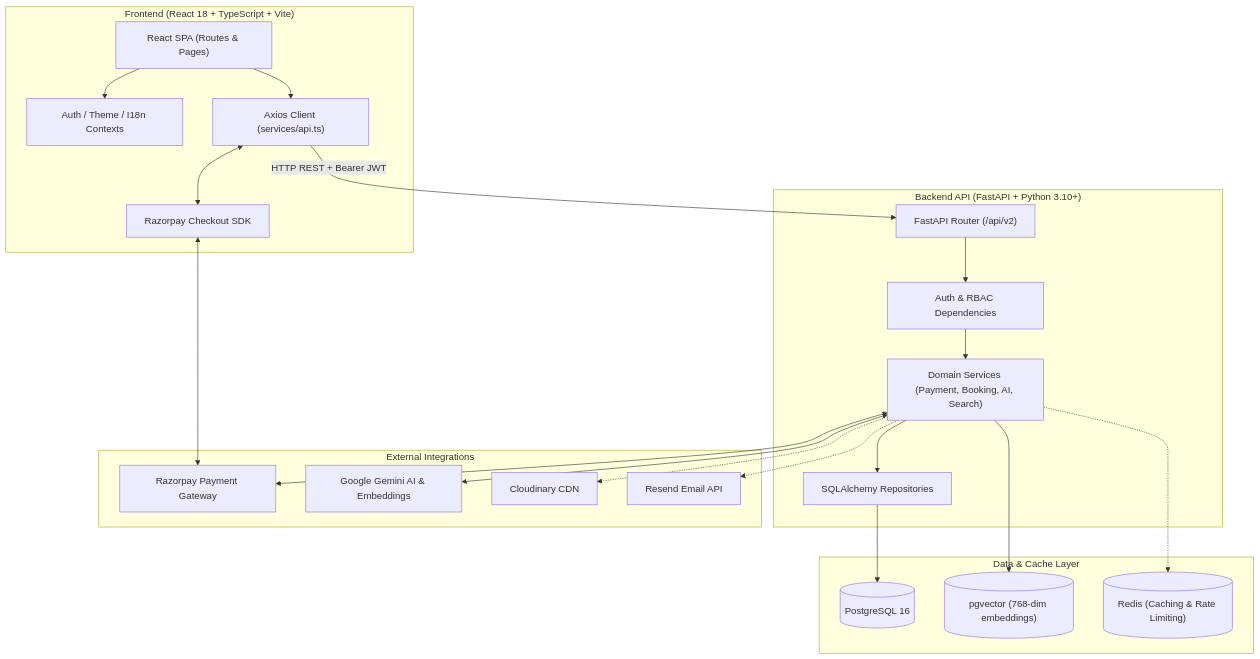
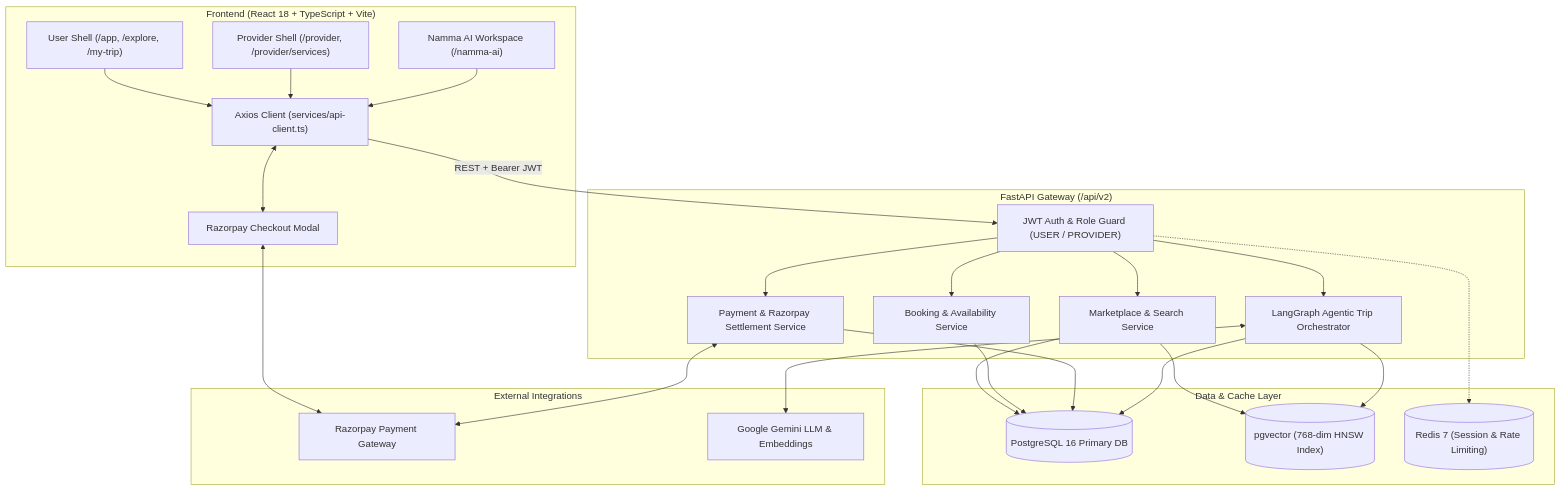
One commit to priyanshu130018/Namma-Connect changed the first of 2 diagrams in README.md. Above: the diagram before and after it, drawn with Mermaid. The commit also changed other lines of this file and 5 other files, not shown here.

````diff
--- a/README.md
+++ b/README.md
@@ -103,46 +242,41 @@
 ```mermaid
 flowchart TD
     subgraph Client ["Frontend (React 18 + TypeScript + Vite)"]
-        SPA["React SPA (Routes & Pages)"]
-        Contexts["Auth / Theme / I18n Contexts"]
-        ClientAPI["Axios Client (services/api.ts)"]
-        RazorpayModal["Razorpay Checkout SDK"]
+        UserShell["User Shell (/app, /explore, /my-trip)"]
+        ProviderShell["Provider Shell (/provider, /provider/services)"]
+        AIWorkspace["Namma AI Workspace (/namma-ai)"]
+        ClientAPI["Axios Client (services/api-client.ts)"]
+        RazorpayModal["Razorpay Checkout Modal"]
     end
 
-    subgraph Backend ["Backend API (FastAPI + Python 3.10+)"]
-        Router["FastAPI Router (/api/v2)"]
-        AuthMid["Auth & RBAC Dependencies"]
-        Services["Domain Services (Payment, Booking, AI, Search)"]
-        Repos["SQLAlchemy Repositories"]
+    subgraph Backend ["FastAPI Gateway (/api/v2)"]
+        AuthMid["JWT Auth & Role Guard (USER / PROVIDER)"]
+        MarketService["Marketplace & Search Service"]
+        BookingService["Booking & Availability Service"]
+        PaymentService["Payment & Razorpay Settlement Service"]
+        LangGraphAgent["LangGraph Agentic Trip Orchestrator"]
     end
 
     subgraph Data ["Data & Cache Layer"]
-        Postgres[("PostgreSQL 16")]
-        PGVector[("pgvector (768-dim embeddings)")]
-        Redis[("Redis (Caching & Rate Limiting)")]
+        PostgreSQL[("PostgreSQL 16 Primary DB")]
+        PGVector[("pgvector (768-dim HNSW Index)")]
+        Redis[("Redis 7 (Session & Rate Limiting)")]
     end
 
     subgraph External ["External Integrations"]
-        RazorpayGateway["Razorpay Payment Gateway"]
-        GoogleGemini["Google Gemini AI & Embeddings"]
-        CloudinaryAPI["Cloudinary CDN"]
-        ResendAPI["Resend Email API"]
+        Razorpay["Razorpay Payment Gateway"]
+        Gemini["Google Gemini LLM & Embeddings"]
     end
 
-    SPA --> Contexts
-    SPA --> ClientAPI
-    ClientAPI -->|HTTP REST + Bearer JWT| Router
-    Router --> AuthMid
-    AuthMid --> Services
-    Services --> Repos
-    Repos --> Postgres
-    Services --> PGVector
-    Services -.-> Redis
+    UserShell & ProviderShell & AIWorkspace --> ClientAPI
+    ClientAPI -->|REST + Bearer JWT| AuthMid
+    AuthMid --> MarketService & BookingService & PaymentService & LangGraphAgent
+    MarketService & BookingService & PaymentService & LangGraphAgent --> PostgreSQL
+    MarketService & LangGraphAgent --> PGVector
+    AuthMid -.-> Redis
 
     ClientAPI <--> RazorpayModal
-    RazorpayModal <--> RazorpayGateway
-    Services <--> RazorpayGateway
-    Services <--> GoogleGemini
-    Services -.-> CloudinaryAPI
-    Services -.-> ResendAPI
+    RazorpayModal <--> Razorpay
+    PaymentService <--> Razorpay
+    LangGraphAgent <--> Gemini
 ```
````
